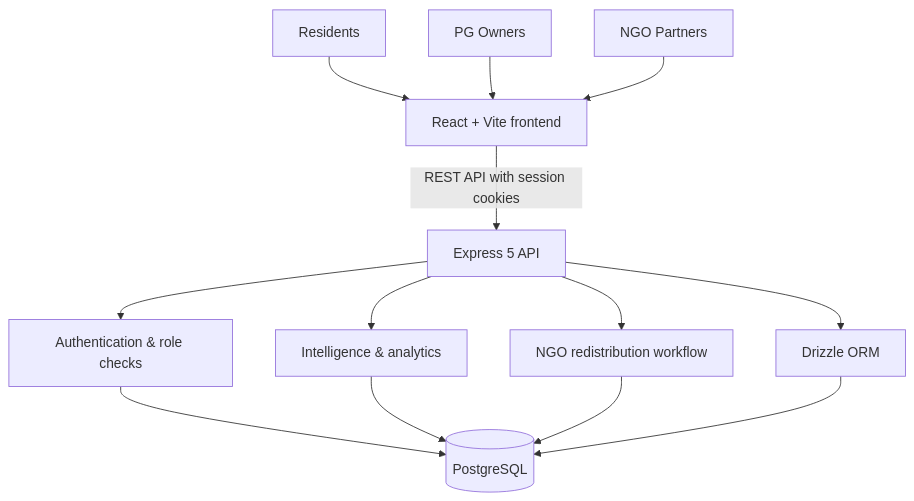
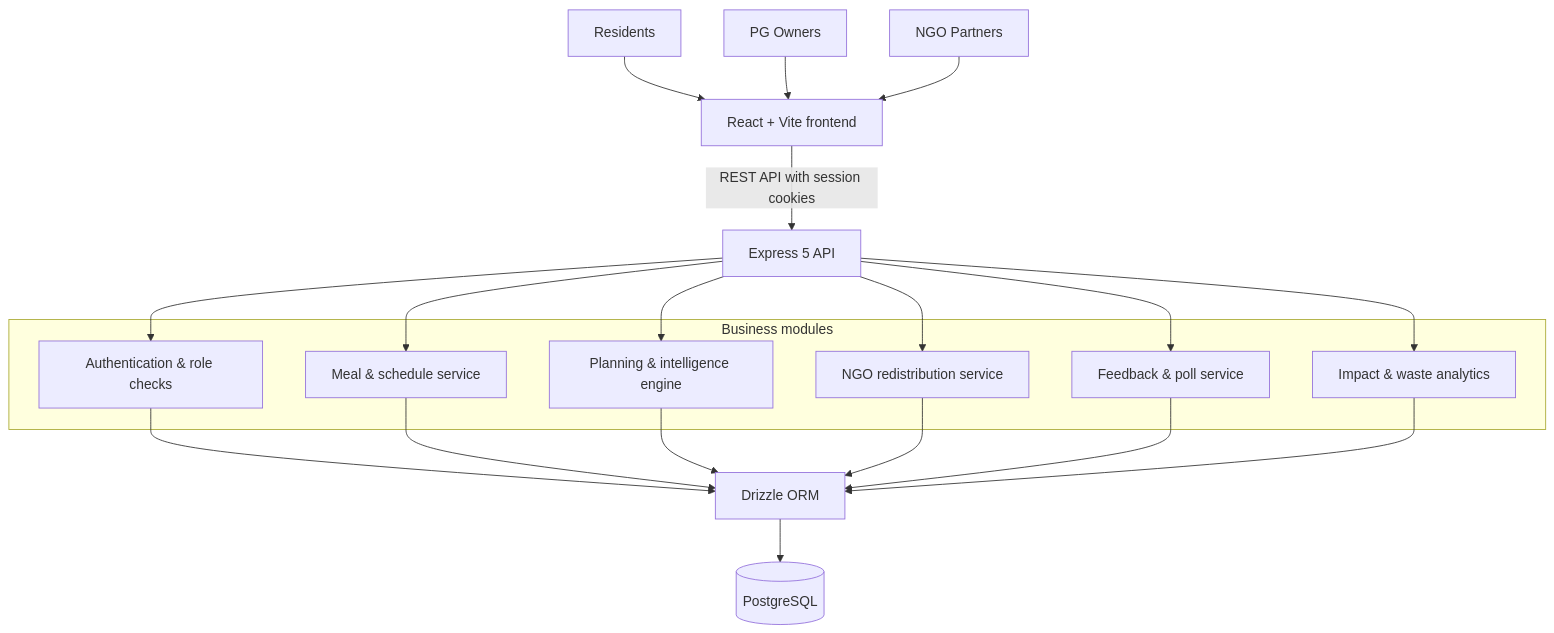
The first of 3 diagrams in README.md (gopaljilab/MealSync), drawn with Mermaid before and after one commit. The commit also changed other lines of this file and 3 other files, not shown here.

````diff
--- a/README.md
+++ b/README.md
@@ -144,15 +170,31 @@
 ```mermaid
 flowchart TB
     Residents[Residents] --> Web[React + Vite frontend]
     Owners[PG Owners] --> Web
     NGOs[NGO Partners] --> Web
     Web -->|REST API with session cookies| API[Express 5 API]
-    API --> Auth[Authentication & role checks]
-    API --> Intelligence[Intelligence & analytics]
-    API --> Redistribution[NGO redistribution workflow]
-    Auth --> DB[(PostgreSQL)]
-    Intelligence --> DB
-    Redistribution --> DB
-    API --> ORM[Drizzle ORM]
-    ORM --> DB
+
+    subgraph Services[Business modules]
+        Auth[Authentication & role checks]
+        Meals[Meal & schedule service]
+        Planning[Planning & intelligence engine]
+        Redistribution[NGO redistribution service]
+        Community[Feedback & poll service]
+        Analytics[Impact & waste analytics]
+    end
+
+    API --> Auth
+    API --> Meals
+    API --> Planning
+    API --> Redistribution
+    API --> Community
+    API --> Analytics
+
+    Auth --> ORM[Drizzle ORM]
+    Meals --> ORM
+    Planning --> ORM
+    Redistribution --> ORM
+    Community --> ORM
+    Analytics --> ORM
+    ORM --> DB[(PostgreSQL)]
 ```
````
